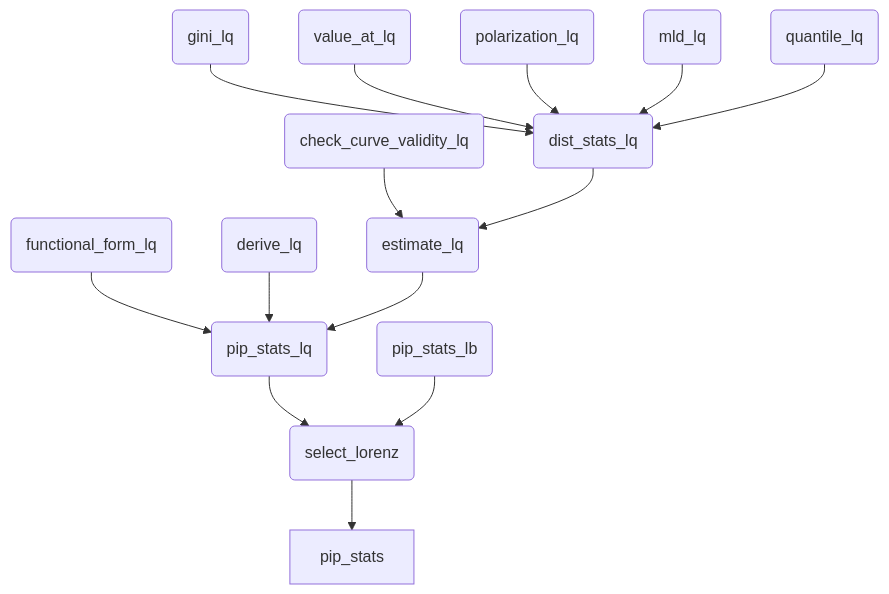
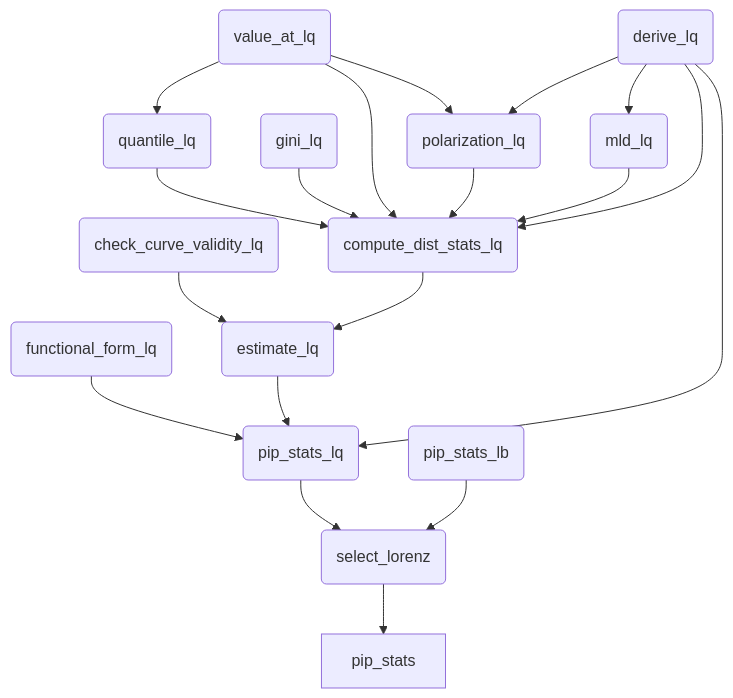
The diagram in wbpip_gd_doc.qmd (dana89co/pip_utilities), drawn with Mermaid before and after one commit. The commit also changed other lines of this file and 1 other file, not shown here.

Commit message:
Uses of derive_lq and value_at_lq and some descriptions

````diff
--- a/wbpip_gd_doc.qmd
+++ b/wbpip_gd_doc.qmd
@@ -18,17 +18,22 @@
 ```{mermaid}
 flowchart TD
     lz(select_lorenz) --> stats[pip_stats]
     lq(pip_stats_lq) --> lz
     lb(pip_stats_lb) --> lz  
     form_lq(functional_form_lq) --> lq
     derive_lq(derive_lq) --> lq
     est_lq(estimate_lq) --> lq
     check_val(check_curve_validity_lq) --> est_lq
-    dist_lq(dist_stats_lq) --> est_lq
-    gini_lq(gini_lq) --> dist_lq
-    value_at_lq(value_at_lq) --> dist_lq
-    polarization_lq(polarization_lq) --> dist_lq
-    mld_lq(mld_lq) --> dist_lq
-    quantile_lq(quantile_lq) --> dist_lq
+    comp_dist_lq(compute_dist_stats_lq) --> est_lq
+    polarization_lq(polarization_lq) --> comp_dist_lq
+    gini_lq(gini_lq) --> comp_dist_lq
+    value_at_lq --> polarization_lq
+    value_at_lq(value_at_lq) --> comp_dist_lq
+    mld_lq(mld_lq) --> comp_dist_lq
+    quantile_lq(quantile_lq) --> comp_dist_lq
+    derive_lq --> comp_dist_lq
+    derive_lq --> mld_lq
+    derive_lq --> polarization_lq
+    value_at_lq --> quantile_lq
 
 ```
````
